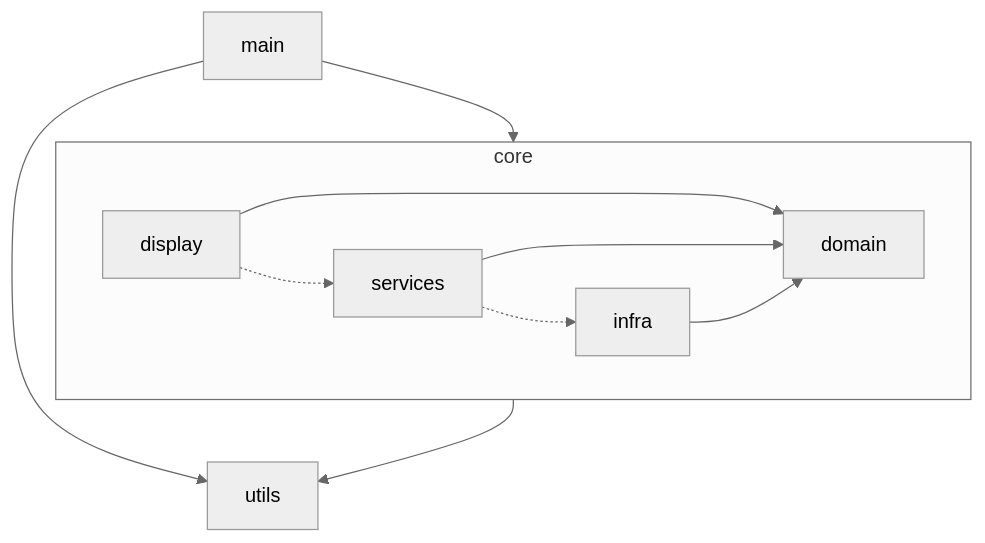
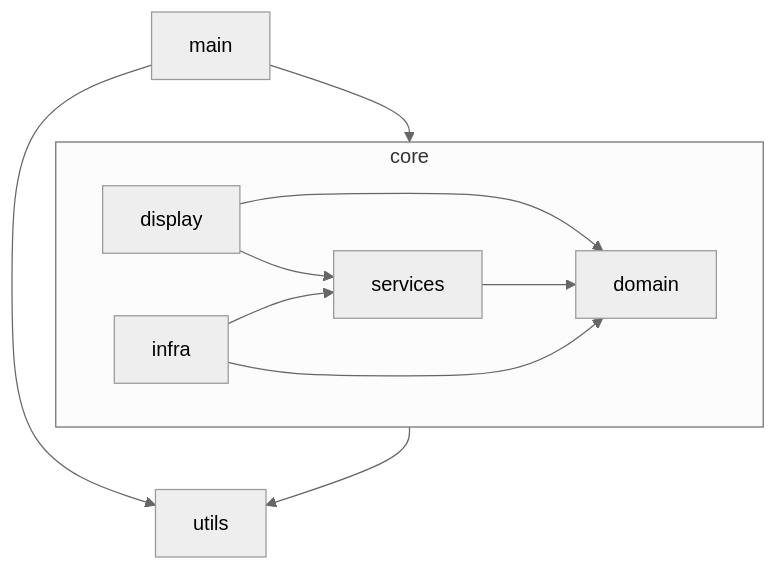
Before and after one commit to joaomelo/calystone: the first of 2 diagrams in DEVELOPMENT.md, drawn with Mermaid (neutral theme).

Commit message:
docs: architecture review

````diff
--- a/DEVELOPMENT.md
+++ b/DEVELOPMENT.md
@@ -7,20 +7,20 @@
 ```mermaid
 graph TD
   main
   subgraph core
     direction LR
     display
     services
     infra
     domain
   end
   utils
   main --> core
   display --> domain
-  display -.-> services
+  display --> services
   services --> domain
-  services -.-> infra
+  infra --> services
   infra --> domain
   main --> utils
   core --> utils
 ```
````
